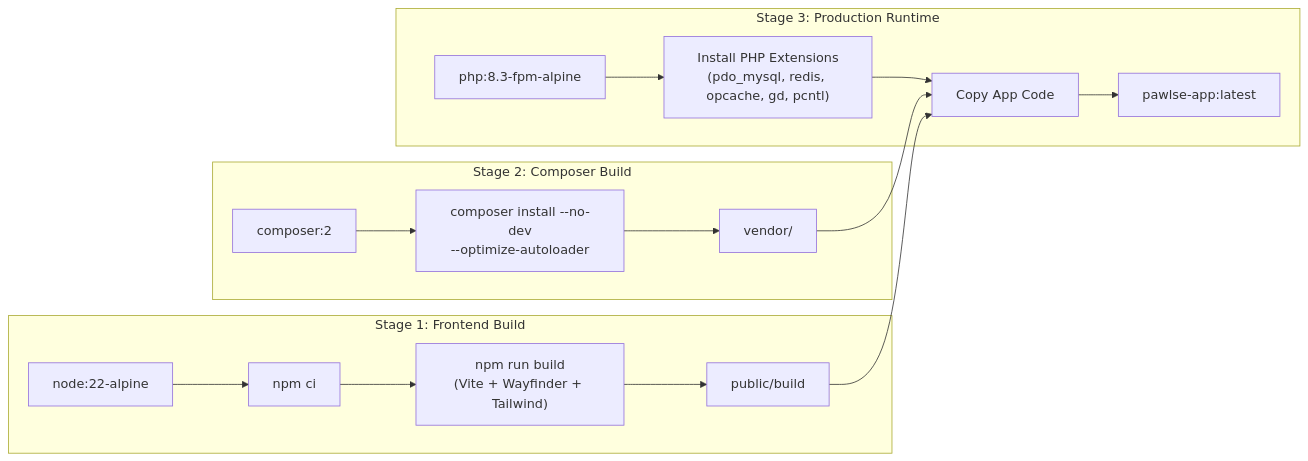
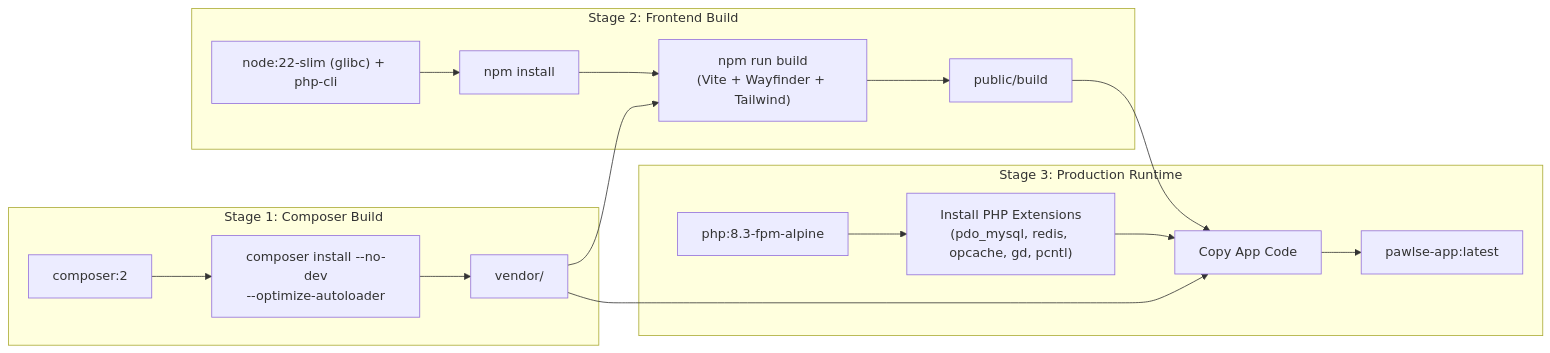
One commit to M3XH4/pawlse changed the second of 3 diagrams in docs/01 - Architecture/Container Architecture.md. Above: the diagram before and after it, drawn with Mermaid. The commit also changed 56 other files, not shown here.

````diff
--- a/docs/01 - Architecture/Container Architecture.md
+++ b/docs/01 - Architecture/Container Architecture.md
@@ -76,21 +76,22 @@
 ```mermaid
 flowchart LR
-    subgraph Stage1 ["Stage 1: Frontend Build"]
-        Node["node:22-alpine"] --> NPM_CI["npm ci"]
-        NPM_CI --> Vite["npm run build\n(Vite + Wayfinder + Tailwind)"]
-        Vite --> Assets["public/build"]
+    subgraph Stage1 ["Stage 1: Composer Build"]
+        Composer["composer:2"] --> CompInstall["composer install --no-dev\n--optimize-autoloader"]
+        CompInstall --> Vendor["vendor/"]
     end
 
-    subgraph Stage2 ["Stage 2: Composer Build"]
-        Composer["composer:2"] --> CompInstall["composer install --no-dev\n--optimize-autoloader"]
-        CompInstall --> Vendor["vendor/"]
+    subgraph Stage2 ["Stage 2: Frontend Build"]
+        Node["node:22-slim (glibc) + php-cli"] --> NPM_Install["npm install"]
+        NPM_Install --> Vite["npm run build\n(Vite + Wayfinder + Tailwind)"]
+        Vendor --> Vite
+        Vite --> Assets["public/build"]
     end
 
     subgraph Stage3 ["Stage 3: Production Runtime"]
         PHPBase["php:8.3-fpm-alpine"] --> Extensions["Install PHP Extensions\n(pdo_mysql, redis, opcache, gd, pcntl)"]
         Extensions --> AppFiles["Copy App Code"]
         Vendor --> AppFiles
         Assets --> AppFiles
         AppFiles --> FinalImage["pawlse-app:latest"]
     end
 ```
````
